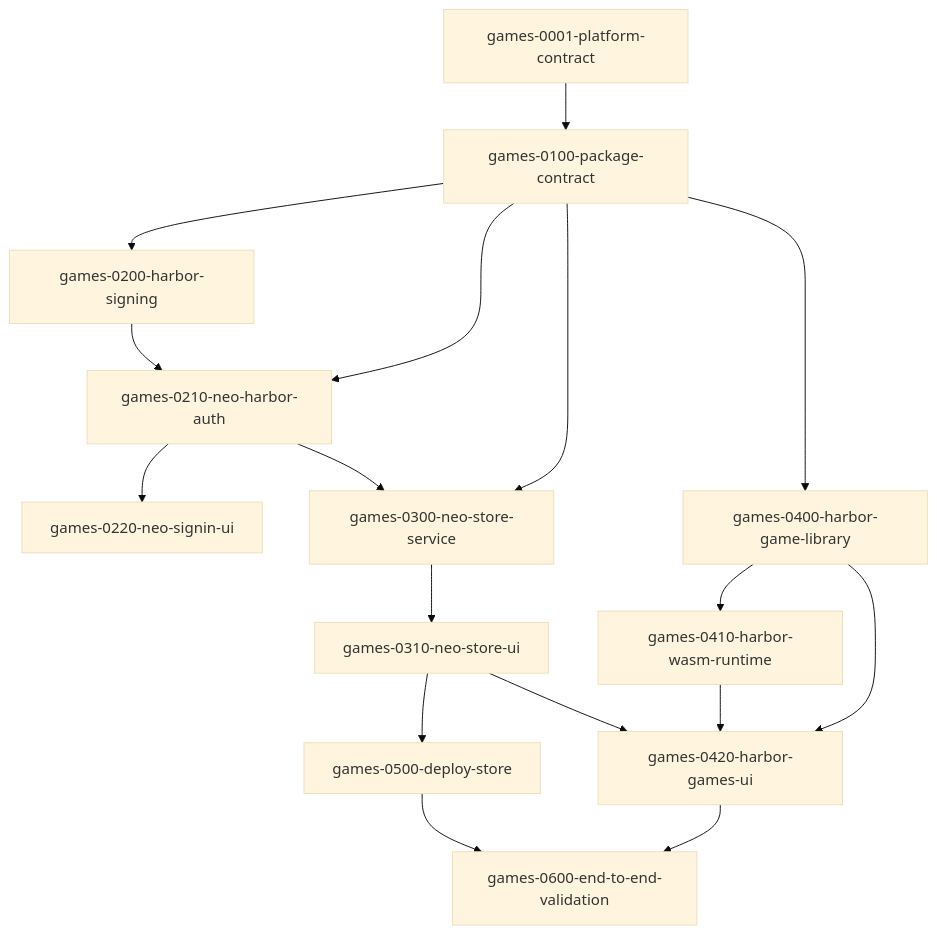
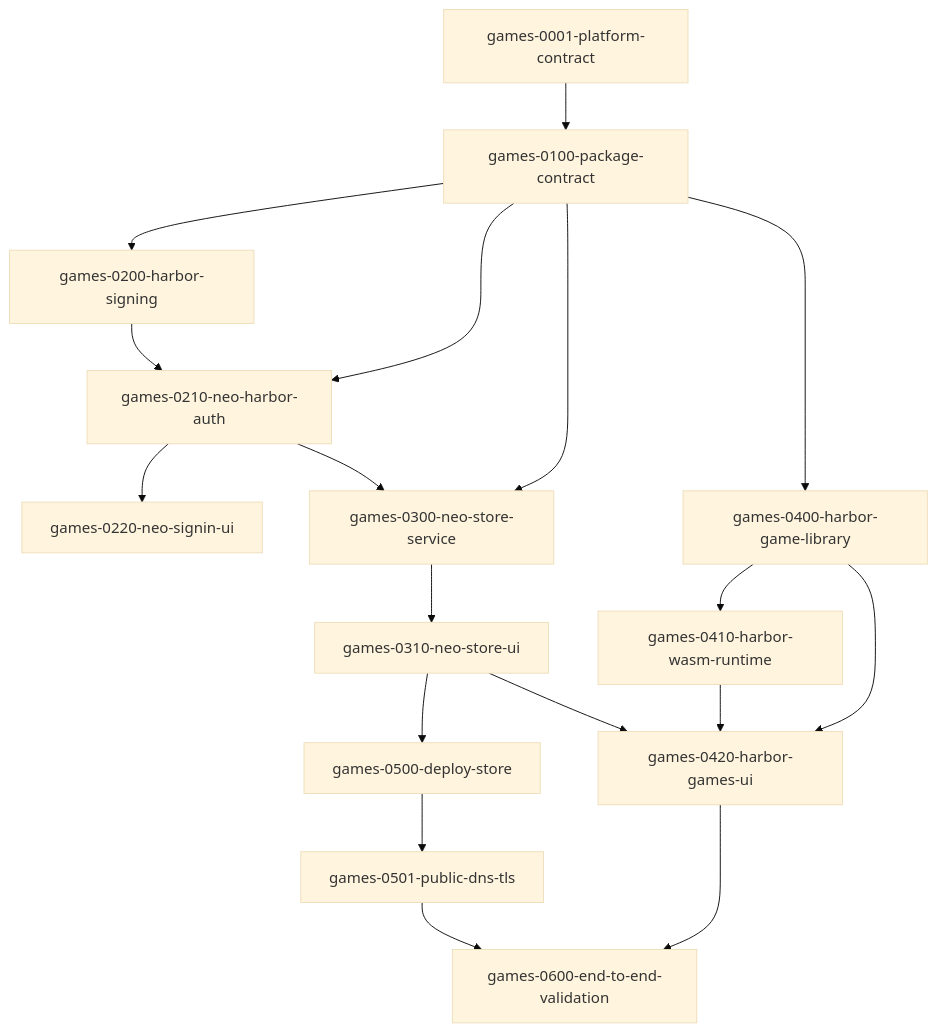
Before and after one commit to Bakobiibizo/harbor: the diagram in docs/tickets/harbor-games/planning-graph.md, drawn with Mermaid (base theme). The commit also changed other lines of this file and 2 other files, not shown here.

Commit message:
docs: record games DNS deployment blocker

````diff
--- a/docs/tickets/harbor-games/planning-graph.md
+++ b/docs/tickets/harbor-games/planning-graph.md
@@ -5,32 +5,34 @@
 ```mermaid
 graph TD
   C[games-0001-platform-contract]
   P[games-0100-package-contract]
   HS[games-0200-harbor-signing]
   NA[games-0210-neo-harbor-auth]
   NW[games-0220-neo-signin-ui]
   NS[games-0300-neo-store-service]
   NU[games-0310-neo-store-ui]
   HD[games-0400-harbor-game-library]
   HR[games-0410-harbor-wasm-runtime]
   HE[games-0420-harbor-games-ui]
   DP[games-0500-deploy-store]
+  DNS[games-0501-public-dns-tls]
   E2E[games-0600-end-to-end-validation]
 
   C --> P
   P --> HS
   P --> NA
   HS --> NA
   NA --> NW
   P --> NS
   NA --> NS
   NS --> NU
   P --> HD
   HD --> HR
   HD --> HE
   HR --> HE
   NU --> HE
   NU --> DP
+  DP --> DNS
   HE --> E2E
-  DP --> E2E
+  DNS --> E2E
 ```
````
